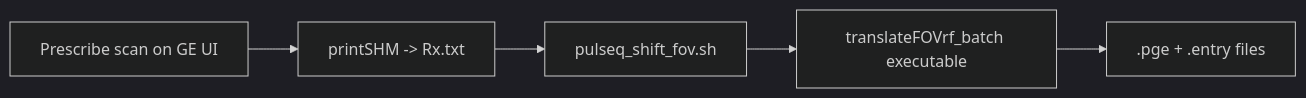
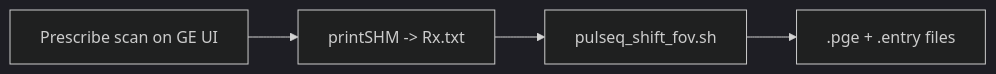
The diagram in scanner/pulseq_tools/README.md (HarmonizedMRI/pge2), drawn with Mermaid (dark theme) before and after one commit. The commit also changed other lines of this file, not shown here.

````diff
--- a/scanner/pulseq_tools/README.md
+++ b/scanner/pulseq_tools/README.md
@@ -26,13 +26,11 @@
 ```mermaid
 flowchart LR
 A[Prescribe scan on GE UI]
 B[printSHM -> Rx.txt]
 C[pulseq_shift_fov.sh]
-D[translateFOVrf_batch executable]
-E[.pge + .entry files]
+D[.pge + .entry files]
 
 A --> B
 B --> C
 C --> D
-D --> E
 ```
````
